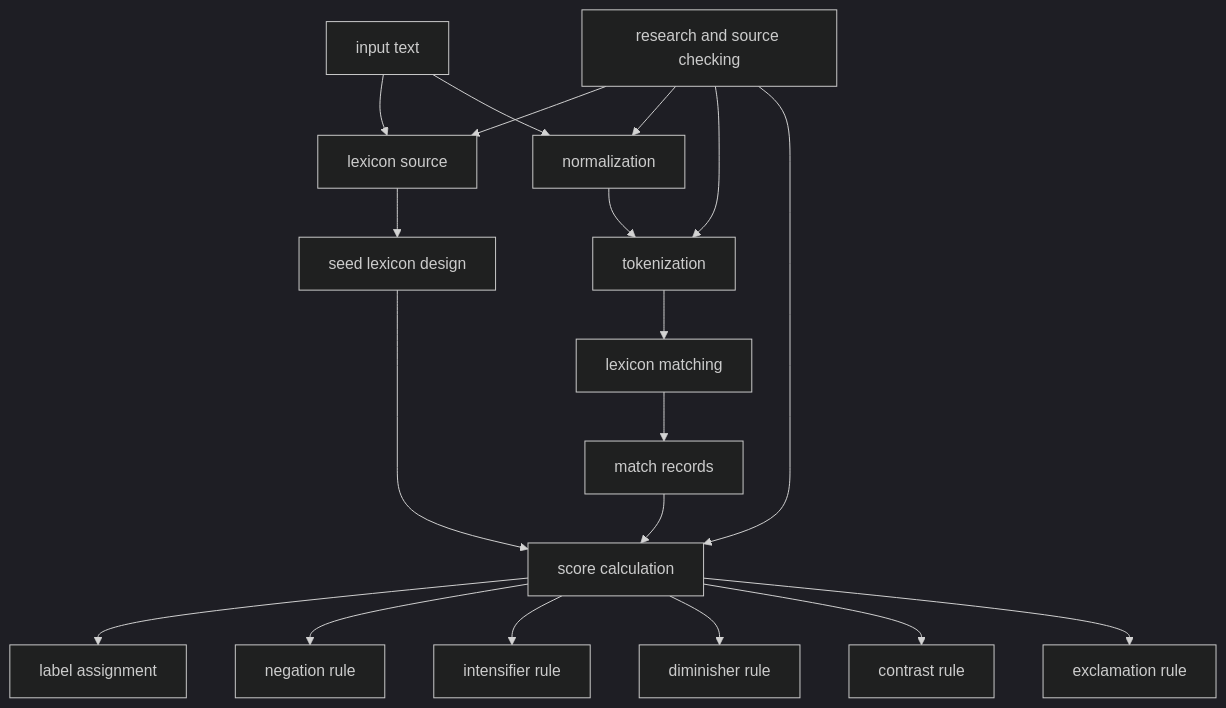
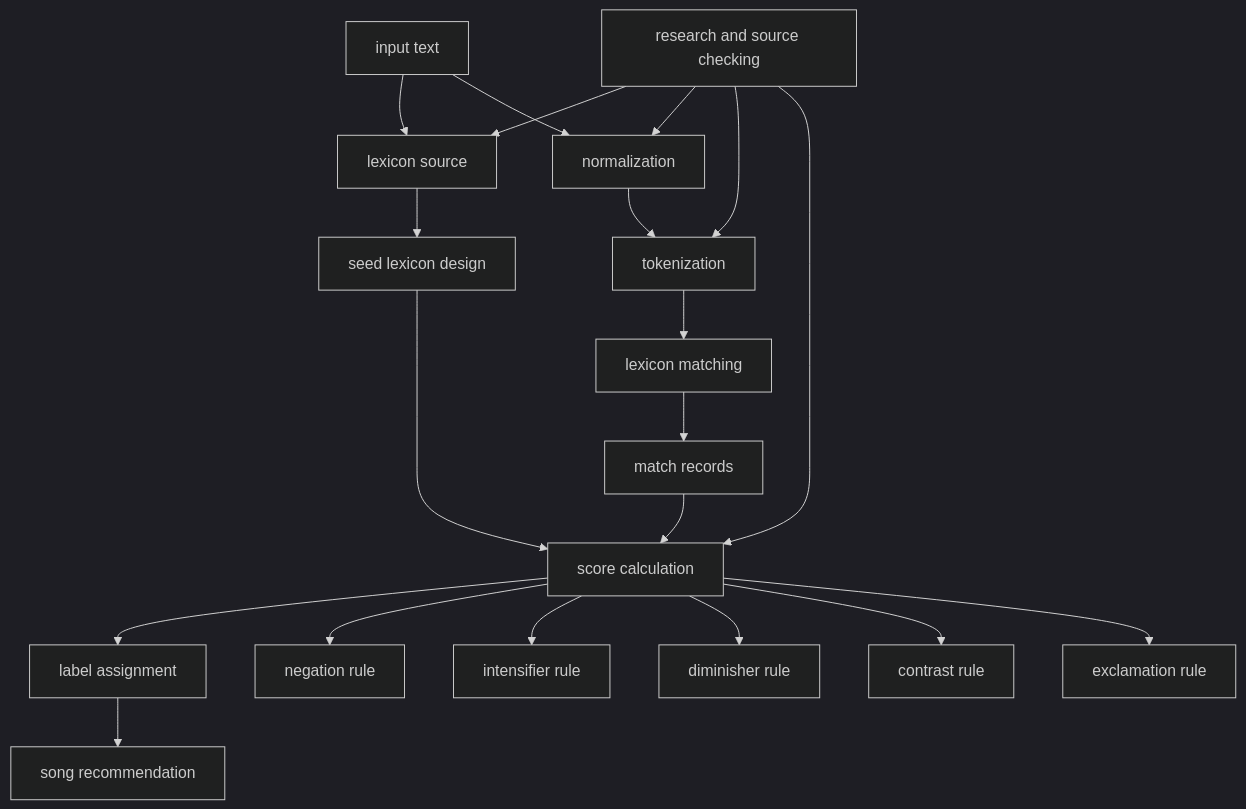
One commit to vicmcorrea/PLN-core changed the diagram in docs/processes/00_index.md. Above: the diagram before and after it, drawn with Mermaid (dark theme). The commit also changed other lines of this file and 1 other file, not shown here.

First line of the commit message:
docs: add song recommendation section to index and visual map

````diff
--- a/docs/processes/00_index.md
+++ b/docs/processes/00_index.md
@@ -33,21 +36,22 @@
 ```mermaid
 flowchart TD
     A[input text] --> B[lexicon source]
     A --> C[normalization]
     C --> D[tokenization]
     D --> E[lexicon matching]
     E --> F[match records]
     F --> G[score calculation]
     G --> H[label assignment]
+    H --> P[song recommendation]
     G --> I[negation rule]
     G --> J[intensifier rule]
     G --> K[diminisher rule]
     G --> L[contrast rule]
     G --> M[exclamation rule]
     B --> N[seed lexicon design]
     N --> G
     O[research and source checking] --> B
     O --> C
     O --> D
     O --> G
 ```
````
